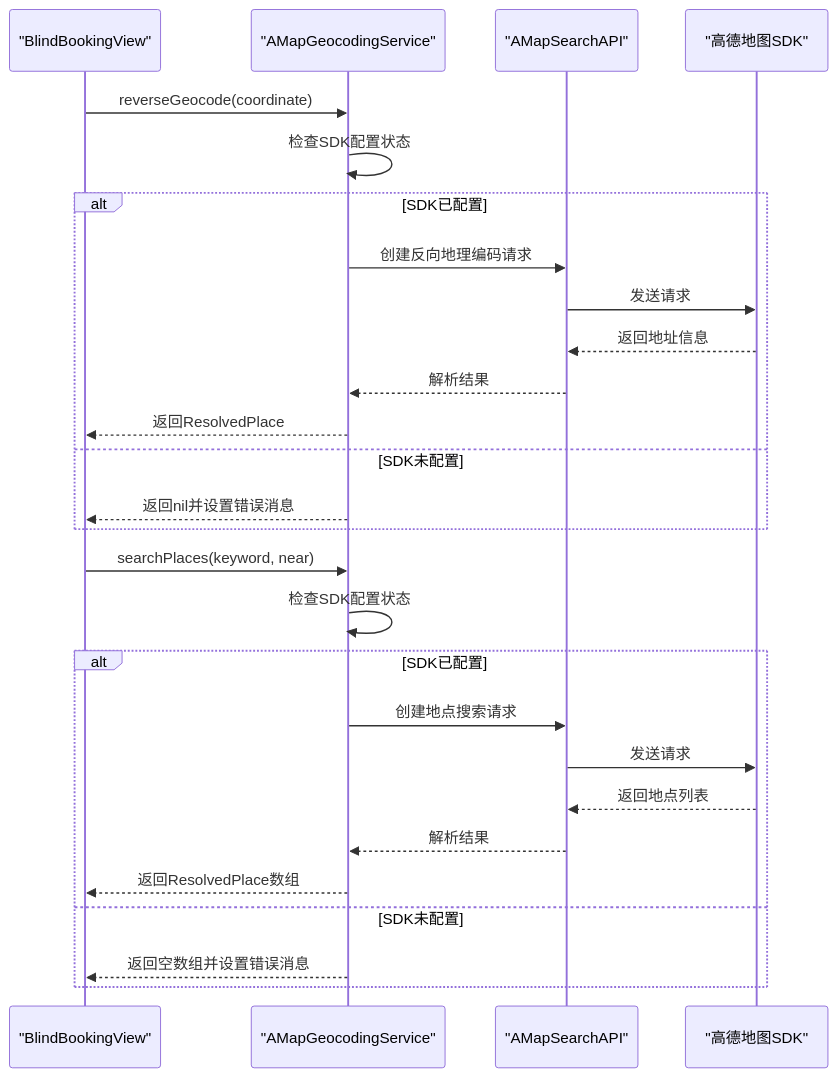
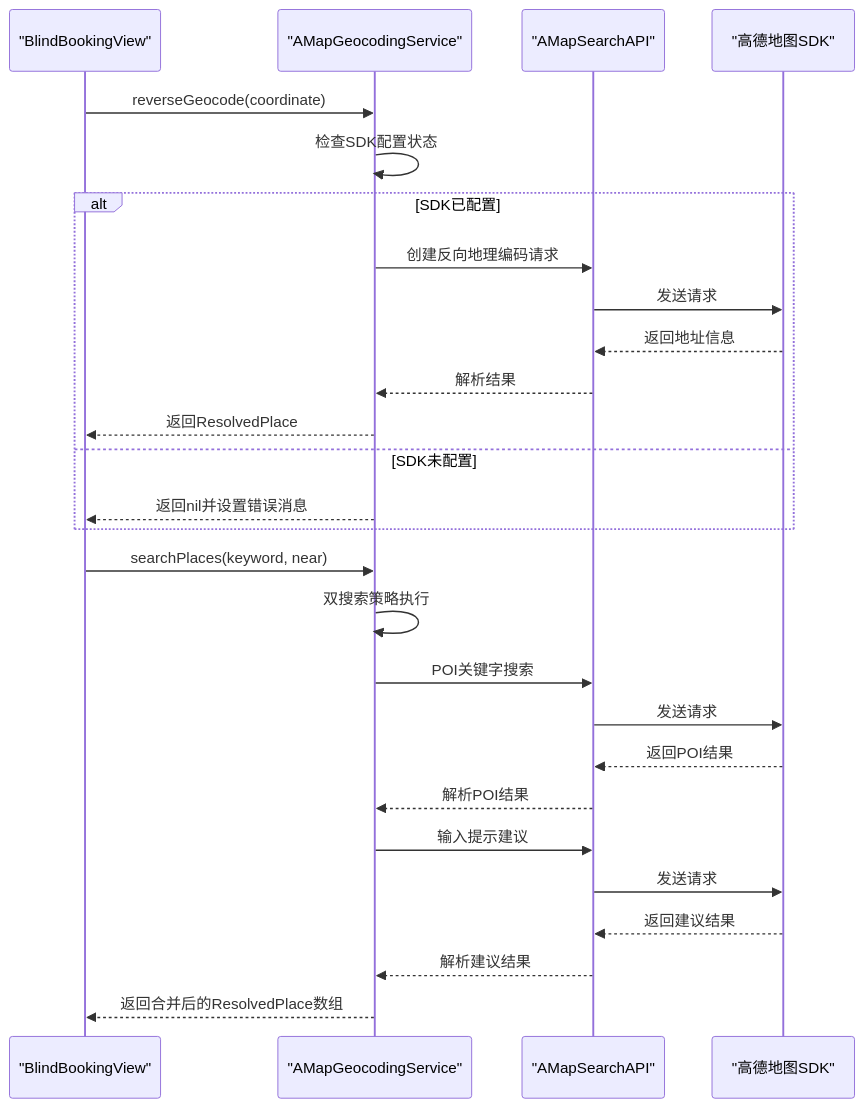
Before and after one commit to Jayden23018/blind-run-ios: the fourth of 6 diagrams in .qoder/repowiki/zh/content/核心功能模块/地图与定位服务.md, drawn with Mermaid. The commit also changed other lines of this file and 15 other files, not shown here.

````diff
--- a/.qoder/repowiki/zh/content/核心功能模块/地图与定位服务.md
+++ b/.qoder/repowiki/zh/content/核心功能模块/地图与定位服务.md
@@ -253,29 +253,29 @@
 ```mermaid
 sequenceDiagram
 participant BBV as "BlindBookingView"
 participant AMapGeo as "AMapGeocodingService"
 participant Search as "AMapSearchAPI"
 participant AMap as "高德地图SDK"
 BBV->>AMapGeo : reverseGeocode(coordinate)
 AMapGeo->>AMapGeo : 检查SDK配置状态
 alt SDK已配置
 AMapGeo->>Search : 创建反向地理编码请求
 Search->>AMap : 发送请求
 AMap-->>Search : 返回地址信息
 Search-->>AMapGeo : 解析结果
 AMapGeo-->>BBV : 返回ResolvedPlace
 else SDK未配置
 AMapGeo-->>BBV : 返回nil并设置错误消息
 end
 BBV->>AMapGeo : searchPlaces(keyword, near)
-AMapGeo->>AMapGeo : 检查SDK配置状态
-alt SDK已配置
-AMapGeo->>Search : 创建地点搜索请求
+AMapGeo->>AMapGeo : 双搜索策略执行
+AMapGeo->>Search : POI关键字搜索
 Search->>AMap : 发送请求
-AMap-->>Search : 返回地点列表
-Search-->>AMapGeo : 解析结果
-AMapGeo-->>BBV : 返回ResolvedPlace数组
-else SDK未配置
-AMapGeo-->>BBV : 返回空数组并设置错误消息
-end
+AMap-->>Search : 返回POI结果
+Search-->>AMapGeo : 解析POI结果
+AMapGeo->>Search : 输入提示建议
+Search->>AMap : 发送请求
+AMap-->>Search : 返回建议结果
+Search-->>AMapGeo : 解析建议结果
+AMapGeo-->>BBV : 返回合并后的ResolvedPlace数组
 ```
````
